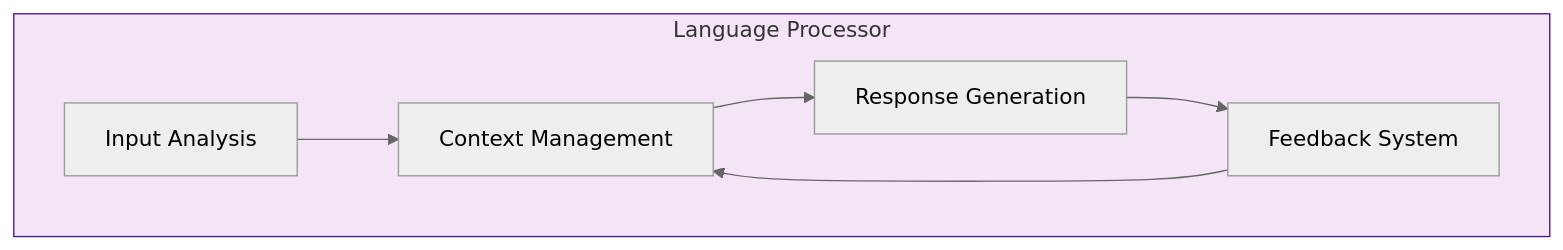
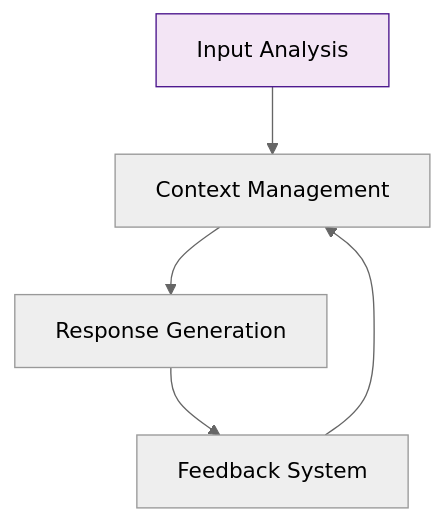
The fourth of 7 diagrams in UTTA.wiki/Architecture-Guide.md (UVU-AI-Innovate/UTTA), drawn with Mermaid (neutral theme) before and after one commit. The commit also changed other lines of this file, not shown here.

First line of the commit message:
Refactor Architecture Guide diagrams for improved readability

````diff
--- a/UTTA.wiki/Architecture-Guide.md
+++ b/UTTA.wiki/Architecture-Guide.md
@@ -106,16 +93,9 @@
 ```mermaid
-graph TD
-    subgraph LP[Language Processor]
-        Input[Input Analysis]
-        Context[Context Management]
-        Generation[Response Generation]
-        Feedback[Feedback System]
-    end
-
-    Input --> Context
-    Context --> Generation
-    Generation --> Feedback
+graph TB
+    Input[Input Analysis] --> Context[Context Management]
+    Context --> Generation[Response Generation]
+    Generation --> Feedback[Feedback System]
     Feedback --> Context
 
-    style LP fill:#f3e5f5,stroke:#4a148c
+    style Input fill:#f3e5f5,stroke:#4a148c
 ```
````
